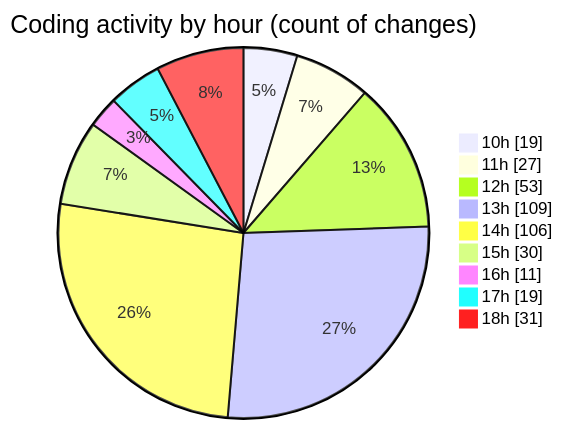
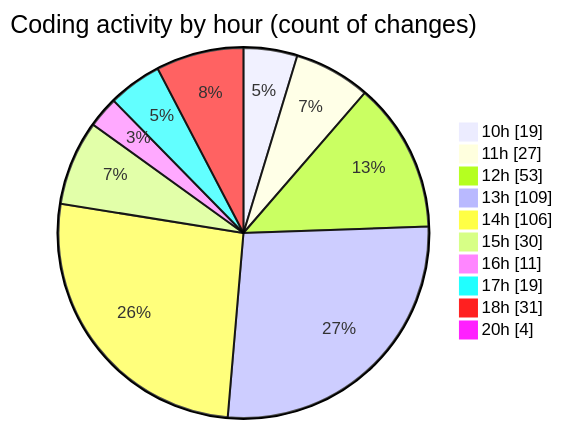
Before and after one commit to momahboobian/code-tracking: the second of 2 diagrams in 2025-03-18/cda/README.md, drawn with Mermaid. The commit also changed other lines of this file and 1 other file, not shown here.

````diff
--- a/2025-03-18/cda/README.md
+++ b/2025-03-18/cda/README.md
@@ -44,13 +44,14 @@
 ```mermaid
 pie showData
 title Coding activity by hour (count of changes)
 "10h" : 19
 "11h" : 27
 "12h" : 53
 "13h" : 109
 "14h" : 106
 "15h" : 30
 "16h" : 11
 "17h" : 19
 "18h" : 31
+"20h" : 4
 ```
````
